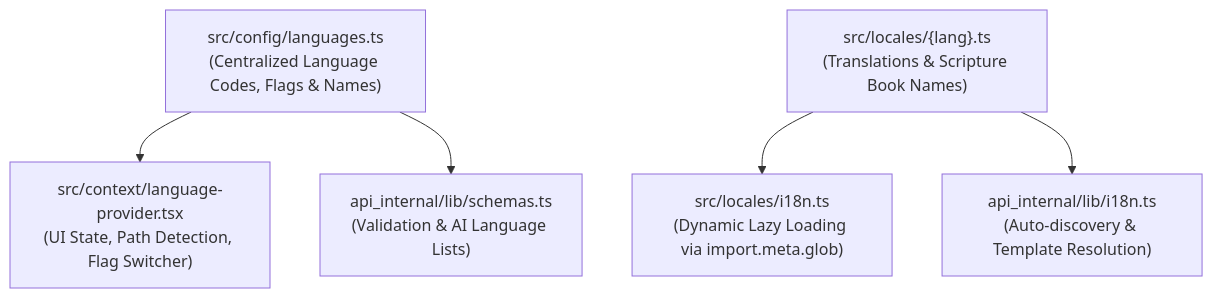
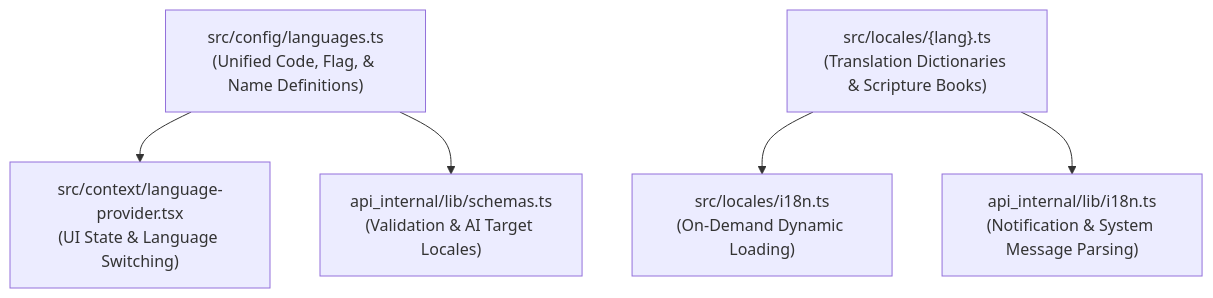
Before and after one commit to ScriptureHabit/scripture-habit: the diagram in docs/logic-i18n.md, drawn with Mermaid. The commit also changed other lines of this file and 19 other files, not shown here.

````diff
--- a/docs/logic-i18n.md
+++ b/docs/logic-i18n.md
@@ -11,11 +11,11 @@
 ```mermaid
 flowchart TD
-    Config["src/config/languages.ts<br/>(Centralized Language Codes, Flags & Names)"]
-    Locales["src/locales/{lang}.ts<br/>(Translations & Scripture Book Names)"]
+    Config["src/config/languages.ts<br/>(Unified Code, Flag, & Name Definitions)"]
+    Locales["src/locales/{lang}.ts<br/>(Translation Dictionaries & Scripture Books)"]
     
-    Config --> FrontendContext["src/context/language-provider.tsx<br/>(UI State, Path Detection, Flag Switcher)"]
-    Config --> BackendSchema["api_internal/lib/schemas.ts<br/>(Validation & AI Language Lists)"]
+    Config --> FrontendContext["src/context/language-provider.tsx<br/>(UI State & Language Switching)"]
+    Config --> BackendSchema["api_internal/lib/schemas.ts<br/>(Validation & AI Target Locales)"]
     
-    Locales --> FrontendLoader["src/locales/i18n.ts<br/>(Dynamic Lazy Loading via import.meta.glob)"]
-    Locales --> BackendLoader["api_internal/lib/i18n.ts<br/>(Auto-discovery & Template Resolution)"]
+    Locales --> FrontendLoader["src/locales/i18n.ts<br/>(On-Demand Dynamic Loading)"]
+    Locales --> BackendLoader["api_internal/lib/i18n.ts<br/>(Notification & System Message Parsing)"]
 ```
````
